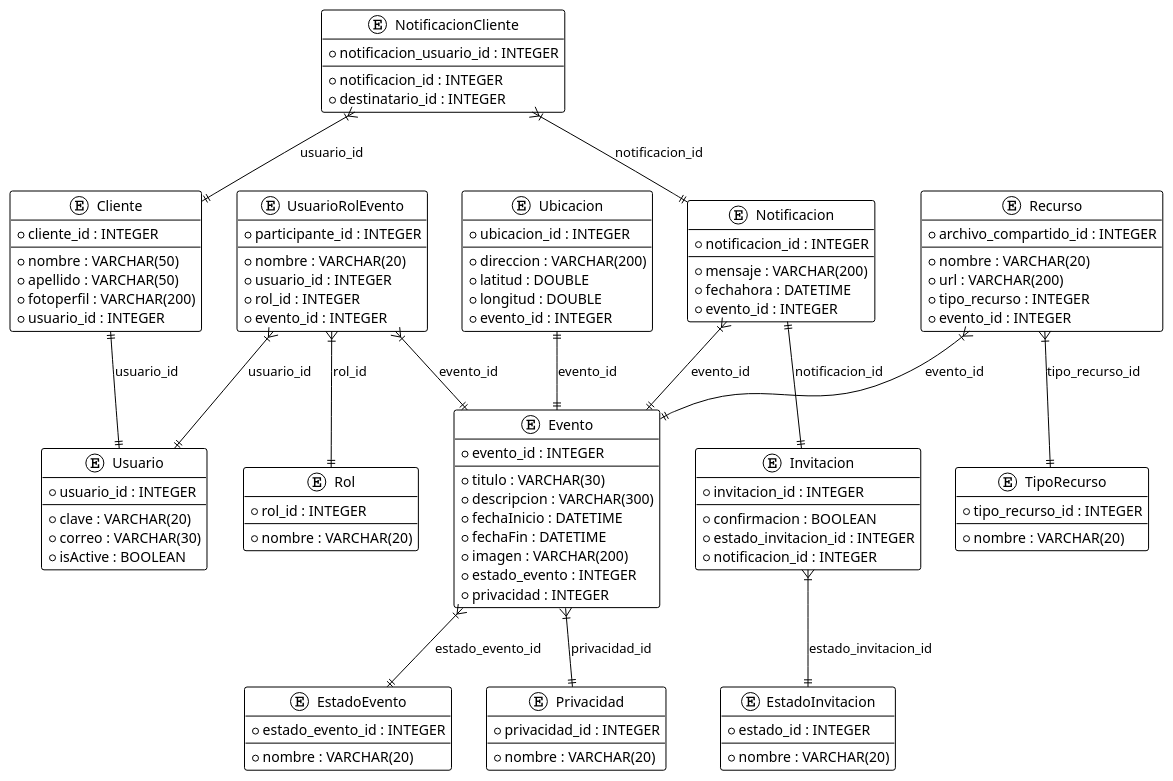
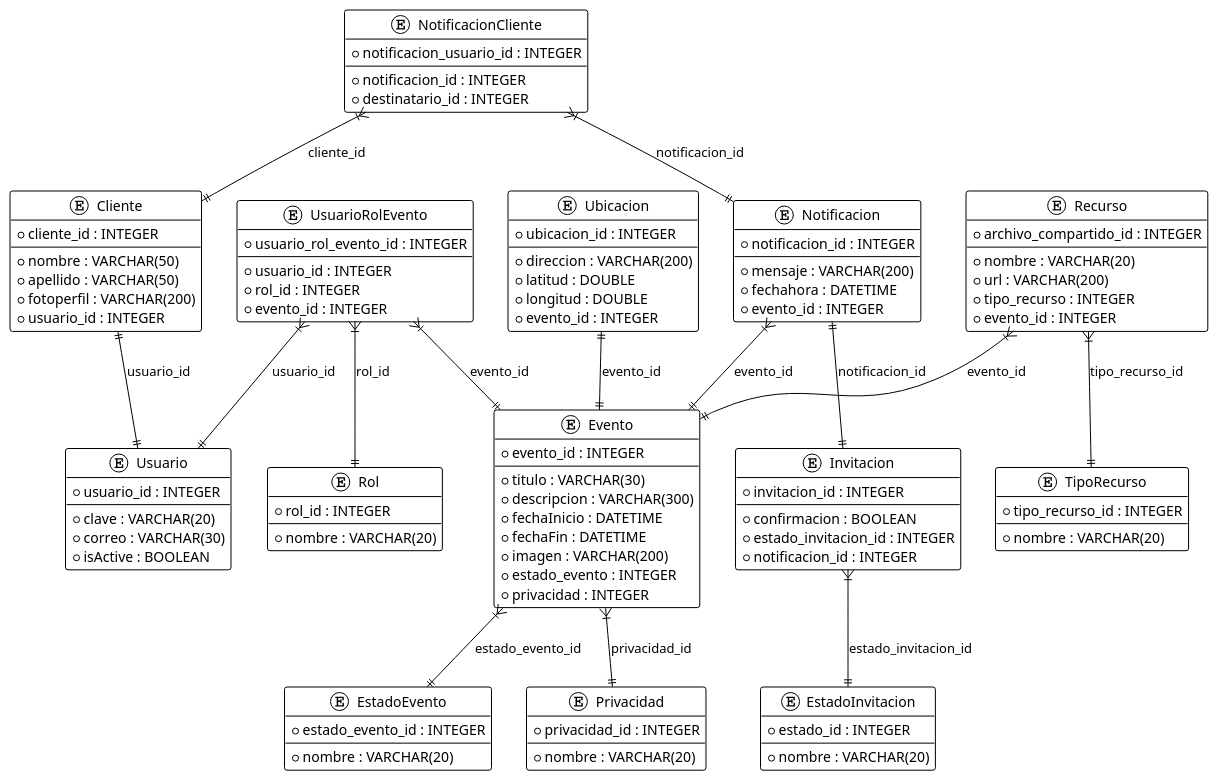
One commit to raulvelris/Proyecto-Progra-Movil changed the diagram in docs/DatabaseDiagram.puml. Above: the diagram before and after it, drawn with PlantUML. The commit also changed 1 other file, not shown here.

```diff
--- a/docs/DatabaseDiagram.puml
+++ b/docs/DatabaseDiagram.puml
@@ -1,131 +1,130 @@
 @startuml
 !theme plain
 
 entity "Cliente" {
   * cliente_id : INTEGER
   --
   * nombre : VARCHAR(50)
   * apellido : VARCHAR(50)
   * fotoperfil : VARCHAR(200)
   * usuario_id : INTEGER
 }
 
 entity "Usuario" {
   * usuario_id : INTEGER
   --
   * clave : VARCHAR(20)
   * correo : VARCHAR(30)
   * isActive : BOOLEAN
 }
 
 entity "Evento" {
   * evento_id : INTEGER
   --
   * titulo : VARCHAR(30)
   * descripcion : VARCHAR(300)
   * fechaInicio : DATETIME
   * fechaFin : DATETIME
   * imagen : VARCHAR(200)
   * estado_evento : INTEGER
   * privacidad : INTEGER
 }
 
 entity "Invitacion" {
   * invitacion_id : INTEGER
   --
   * confirmacion : BOOLEAN
   * estado_invitacion_id : INTEGER
   * notificacion_id : INTEGER
 }
 
 entity "Notificacion" {
   * notificacion_id : INTEGER
   --
   * mensaje : VARCHAR(200)
   * fechahora : DATETIME
   * evento_id : INTEGER
 }
 
 entity "NotificacionCliente" {
   * notificacion_usuario_id : INTEGER
   --
   * notificacion_id : INTEGER
   * destinatario_id : INTEGER
 }
 
 entity "Ubicacion" {
   * ubicacion_id : INTEGER
   --
   * direccion : VARCHAR(200)
   * latitud : DOUBLE
   * longitud : DOUBLE
   * evento_id : INTEGER
 }
 
 entity "EstadoInvitacion" {
   * estado_id : INTEGER
   --
   * nombre : VARCHAR(20)
 }
 
 entity "EstadoEvento" {
   * estado_evento_id : INTEGER
   --
   * nombre : VARCHAR(20)
 }
 
 entity "Privacidad" {
   * privacidad_id : INTEGER
   --
   * nombre : VARCHAR(20)
 }
 
 entity "UsuarioRolEvento" {
-  * participante_id : INTEGER
+  * usuario_rol_evento_id : INTEGER
   --
-  * nombre : VARCHAR(20)
   * usuario_id : INTEGER
   * rol_id : INTEGER
   * evento_id : INTEGER
 }
 
 entity "Rol" {
   * rol_id : INTEGER
   --
   * nombre : VARCHAR(20)
 }
 
 entity "Recurso" {
   * archivo_compartido_id : INTEGER
   --
   * nombre : VARCHAR(20)
   * url : VARCHAR(200)
   * tipo_recurso : INTEGER
   * evento_id : INTEGER
 }
 
 entity "TipoRecurso" {
   * tipo_recurso_id : INTEGER
   --
   * nombre : VARCHAR(20)
 }
 
 ' Relaciones 1:1
 Cliente ||--|| Usuario : usuario_id
 Notificacion ||--|| Invitacion : notificacion_id 
 
 ' Relaciones 1:m
 Invitacion }|--|| EstadoInvitacion : estado_invitacion_id
-NotificacionCliente }|--|| Cliente : usuario_id 
+NotificacionCliente }|--|| Cliente : cliente_id
 NotificacionCliente }|--|| Notificacion : notificacion_id
 Notificacion }|--|| Evento : evento_id
 Recurso }|--|| TipoRecurso : tipo_recurso_id
 Recurso }|--|| Evento : evento_id
 Ubicacion ||--|| Evento : evento_id
 Evento }|--|| EstadoEvento : estado_evento_id
 Evento }|--|| Privacidad : privacidad_id
 UsuarioRolEvento }|--|| Usuario : usuario_id
 UsuarioRolEvento }|--|| Rol : rol_id
 UsuarioRolEvento }|--|| Evento : evento_id
 
 @enduml
```
